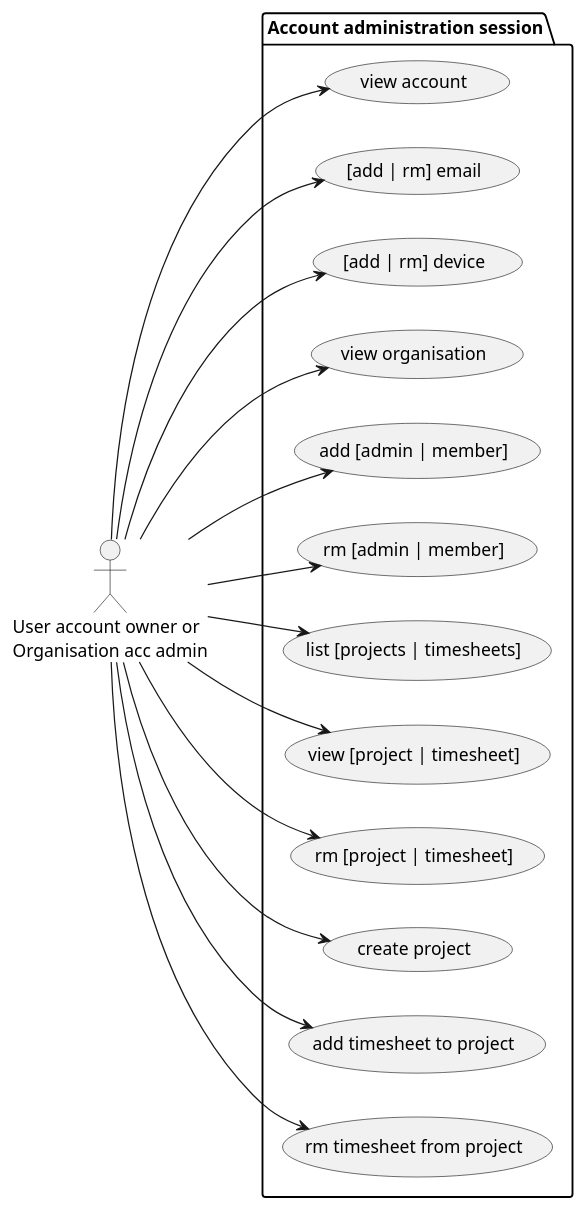
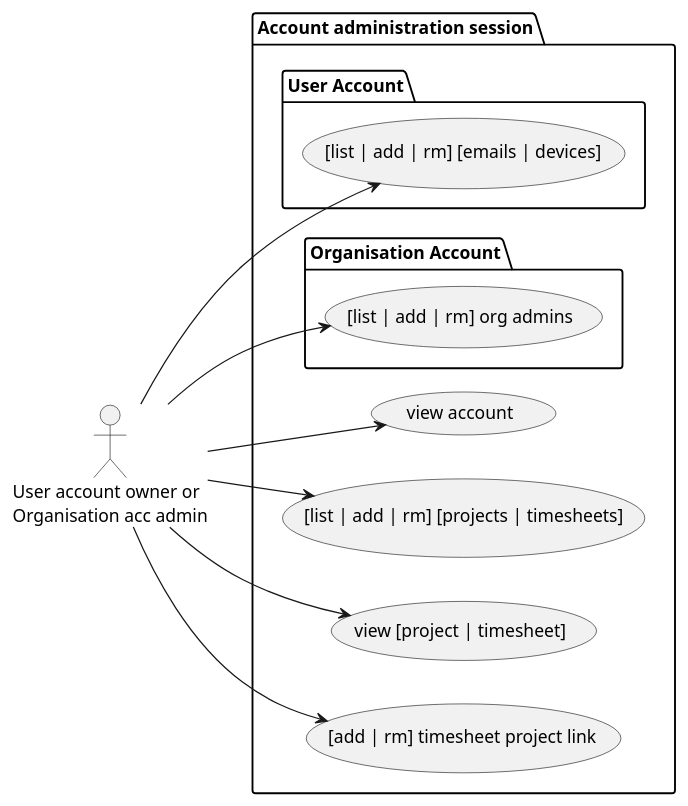
One commit to m-ld/timeld changed the diagram in architecture/use-case/administration.use-case.puml. Above: the diagram before and after it, drawn with PlantUML. The commit also changed 21 other files, not shown here.

Commit message:
#16: Listing account emails in CLI "admin" REPL

```diff
--- a/architecture/use-case/administration.use-case.puml
+++ b/architecture/use-case/administration.use-case.puml
@@ -1,21 +1,19 @@
 @startuml
 'https://plantuml.com/use-case-diagram
 left to right direction
 
 actor "User account owner or\nOrganisation acc admin" as user
 package "Account administration session" {
   user --> (view account)
-  user --> ([add | rm] email)
-  user --> ([add | rm] device)
-  user --> (view organisation)
-  user --> (add [admin | member])
-  user --> (rm [admin | member])
-  user --> (list [projects | timesheets])
+  package "User Account" {
+    user --> ([list | add | rm] [emails | devices])
+  }
+  package "Organisation Account" {
+    user --> ([list | add | rm] org admins)
+  }
+  user --> ([list | add | rm] [projects | timesheets])
   user --> (view [project | timesheet])
-  user --> (rm [project | timesheet])
-  user --> (create project)
-  user --> (add timesheet to project)
-  user --> (rm timesheet from project)
+  user --> ([add | rm] timesheet project link)
 }
 
 @enduml
```
